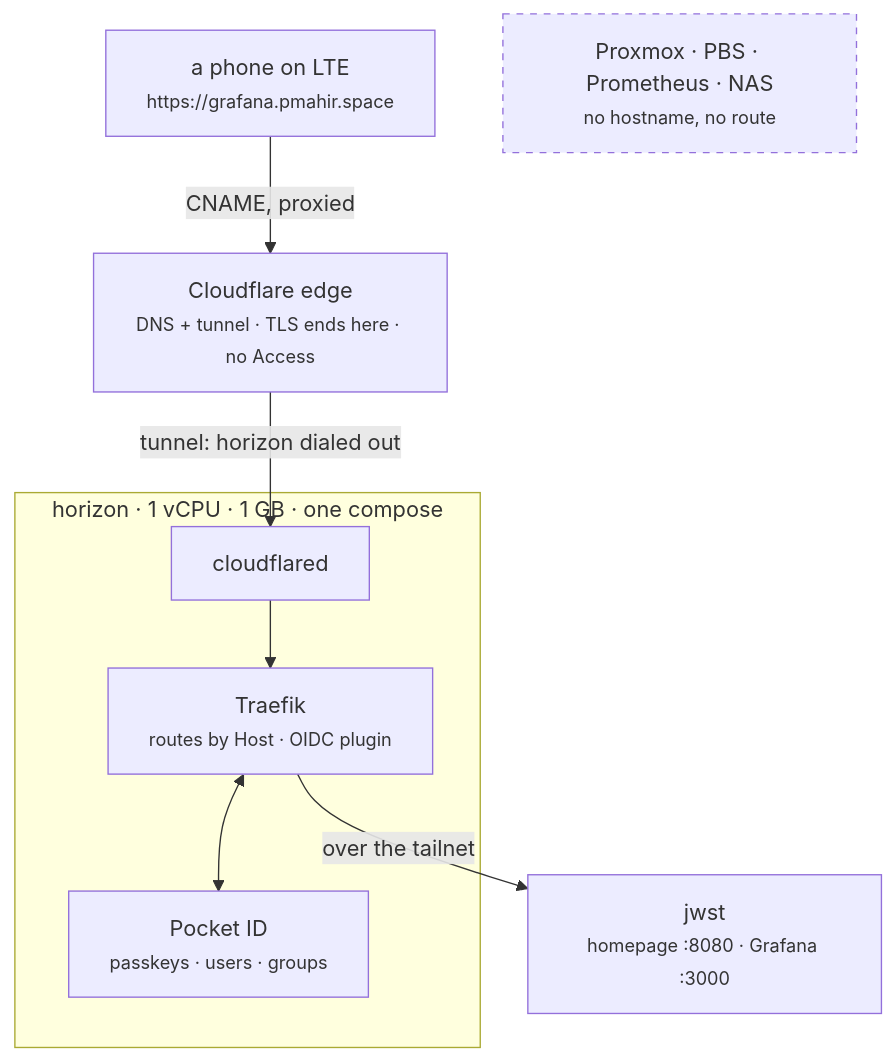
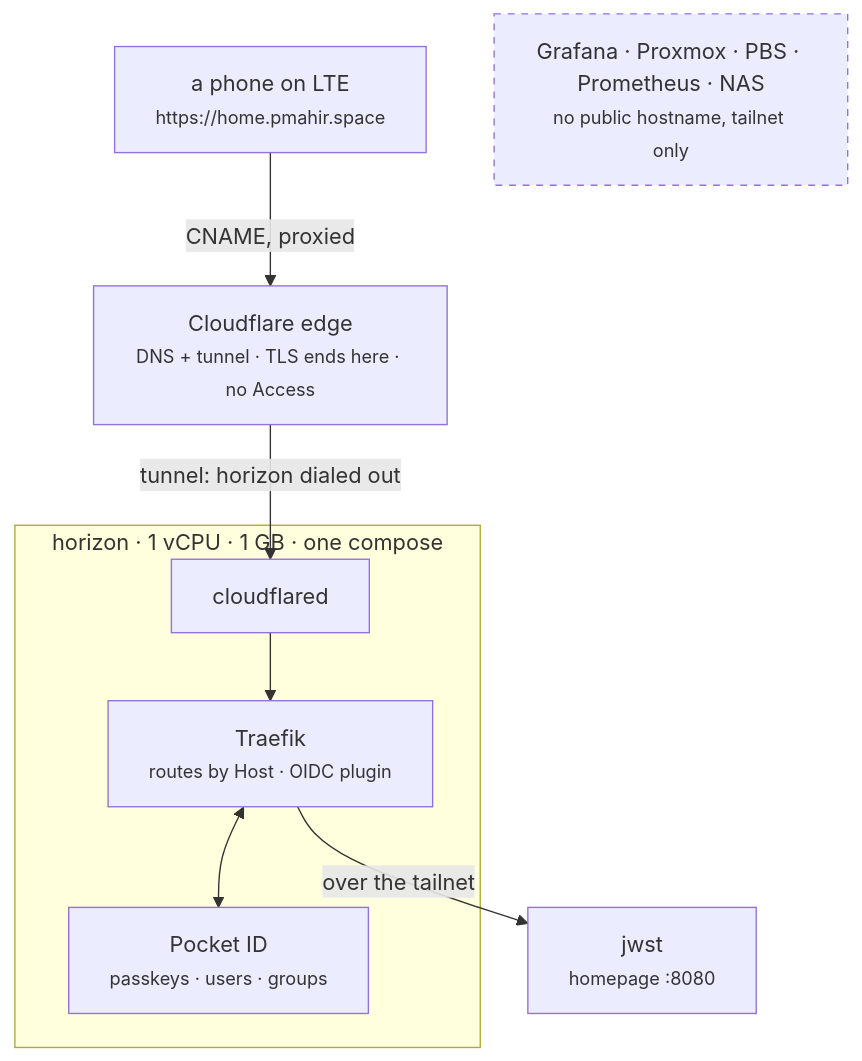
The diagram in docs/gitops/ingress.md (megamp15/AUTOLAB), drawn with Mermaid before and after one commit. The commit also changed other lines of this file and 8 other files, not shown here.

First line of the commit message:
fix(ingress): Grafana is tailnet-only, no public hostname

````diff
--- a/docs/gitops/ingress.md
+++ b/docs/gitops/ingress.md
@@ -16,15 +16,15 @@
 ```mermaid
 flowchart TB
-    P["a phone on LTE<br/><small>https://grafana.pmahir.space</small>"]
+    P["a phone on LTE<br/><small>https://home.pmahir.space</small>"]
     CF["Cloudflare edge<br/><small>DNS + tunnel · TLS ends here · no Access</small>"]
     subgraph H["horizon · 1 vCPU · 1 GB · one compose"]
         C["cloudflared"] --> T["Traefik<br/><small>routes by Host · OIDC plugin</small>"]
         T <--> ID["Pocket ID<br/><small>passkeys · users · groups</small>"]
     end
-    J["jwst<br/><small>homepage :8080 · Grafana :3000</small>"]
-    X["Proxmox · PBS · Prometheus · NAS<br/><small>no hostname, no route</small>"]
+    J["jwst<br/><small>homepage :8080</small>"]
+    X["Grafana · Proxmox · PBS · Prometheus · NAS<br/><small>no public hostname, tailnet only</small>"]
     P -- "CNAME, proxied" --> CF
     CF -- "tunnel: horizon dialed out" --> C
     T -- "over the tailnet" --> J
     style X stroke-dasharray: 5 5
 ```
````
